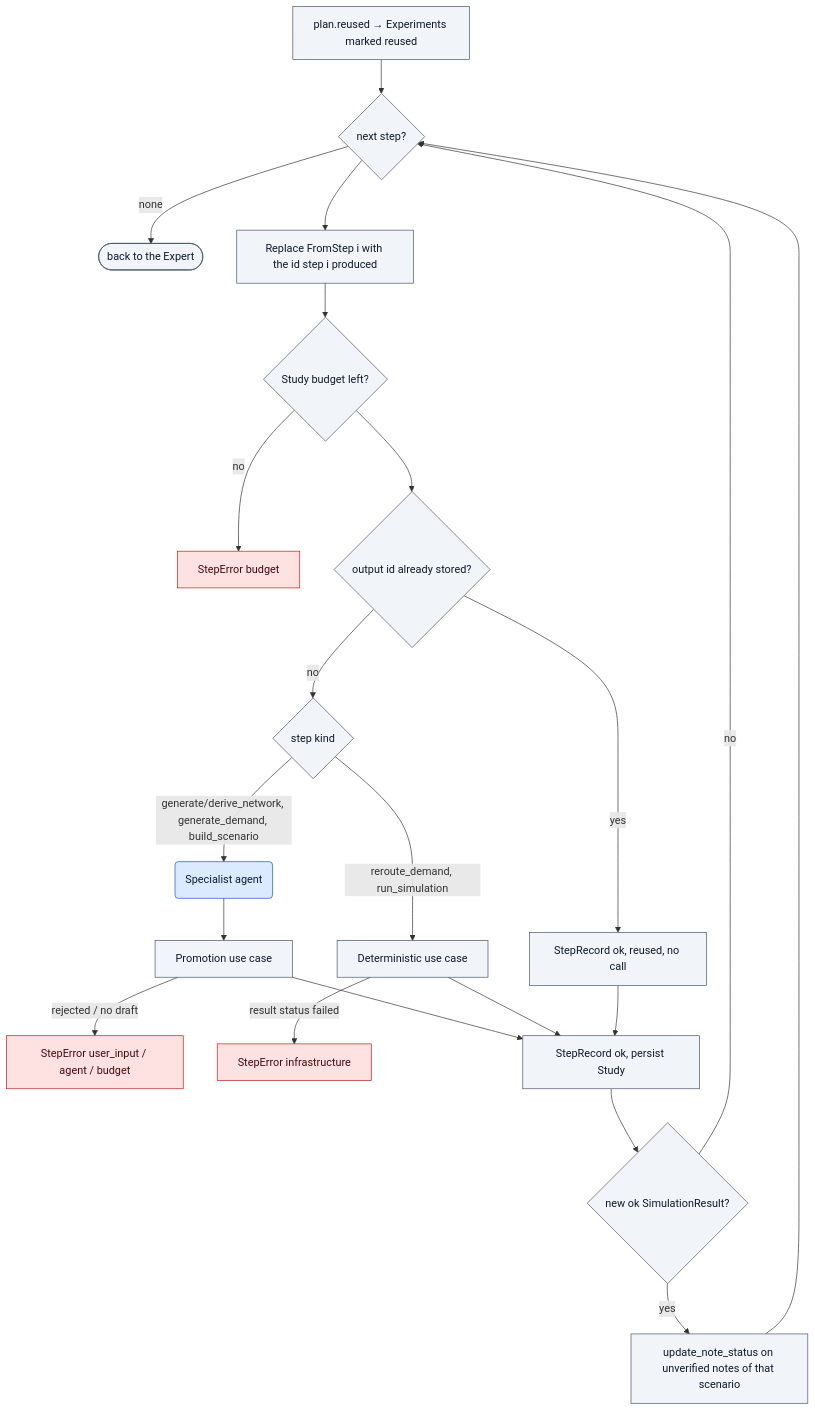
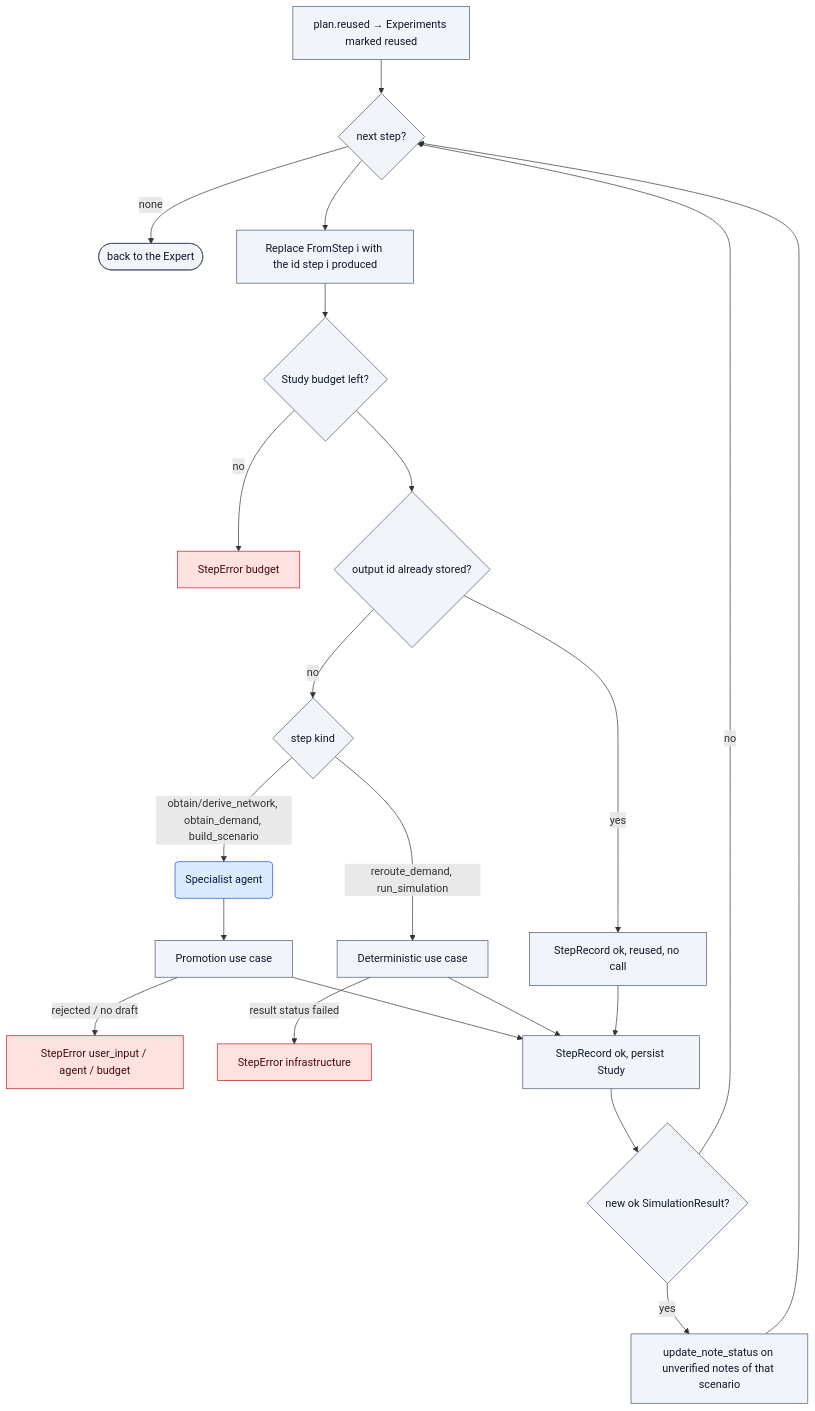
Before and after one commit to ferranUPC/resto: the second of 3 diagrams in docs/study-flows.md, drawn with Mermaid. The commit also changed other lines of this file and 10 other files, not shown here.

Commit message:
review fixes for e5.14.01: obtain_demand by FromStep, NetworkTask only derives, stale names

````diff
--- a/docs/study-flows.md
+++ b/docs/study-flows.md
@@ -82,27 +82,27 @@
 ```mermaid
 flowchart TD
   classDef agent fill:#dbeafe,stroke:#1d4ed8,color:#0b1b3f
   classDef code fill:#f1f5f9,stroke:#475569,color:#0f172a
   classDef stop fill:#fee2e2,stroke:#b91c1c,color:#450a0a
 
   R[plan.reused → Experiments marked reused]:::code --> N{next step?}:::code
   N -- none --> END([back to the Expert]):::code
   N --> FS[Replace FromStep i with the id step i produced]:::code
   FS --> B{Study budget left?}:::code
   B -- no --> FB[StepError budget]:::stop
   B --> D{output id already stored?}:::code
   D -- yes --> RE[StepRecord ok, reused, no call]:::code
   D -- no --> K{step kind}:::code
-  K -- "generate/derive_network, generate_demand, build_scenario" --> AG(Specialist agent):::agent
+  K -- "obtain/derive_network, obtain_demand, build_scenario" --> AG(Specialist agent):::agent
   AG --> PR[Promotion use case]:::code
   K -- "reroute_demand, run_simulation" --> DC[Deterministic use case]:::code
   PR -- rejected / no draft --> FE[StepError user_input / agent / budget]:::stop
   DC -- "result status failed" --> FI[StepError infrastructure]:::stop
   PR --> REC[StepRecord ok, persist Study]:::code
   DC --> REC
   RE --> REC
   REC --> NR{new ok SimulationResult?}:::code
   NR -- yes --> UN[update_note_status on unverified notes of that scenario]:::code
   UN --> N
   NR -- no --> N
 ```
````
